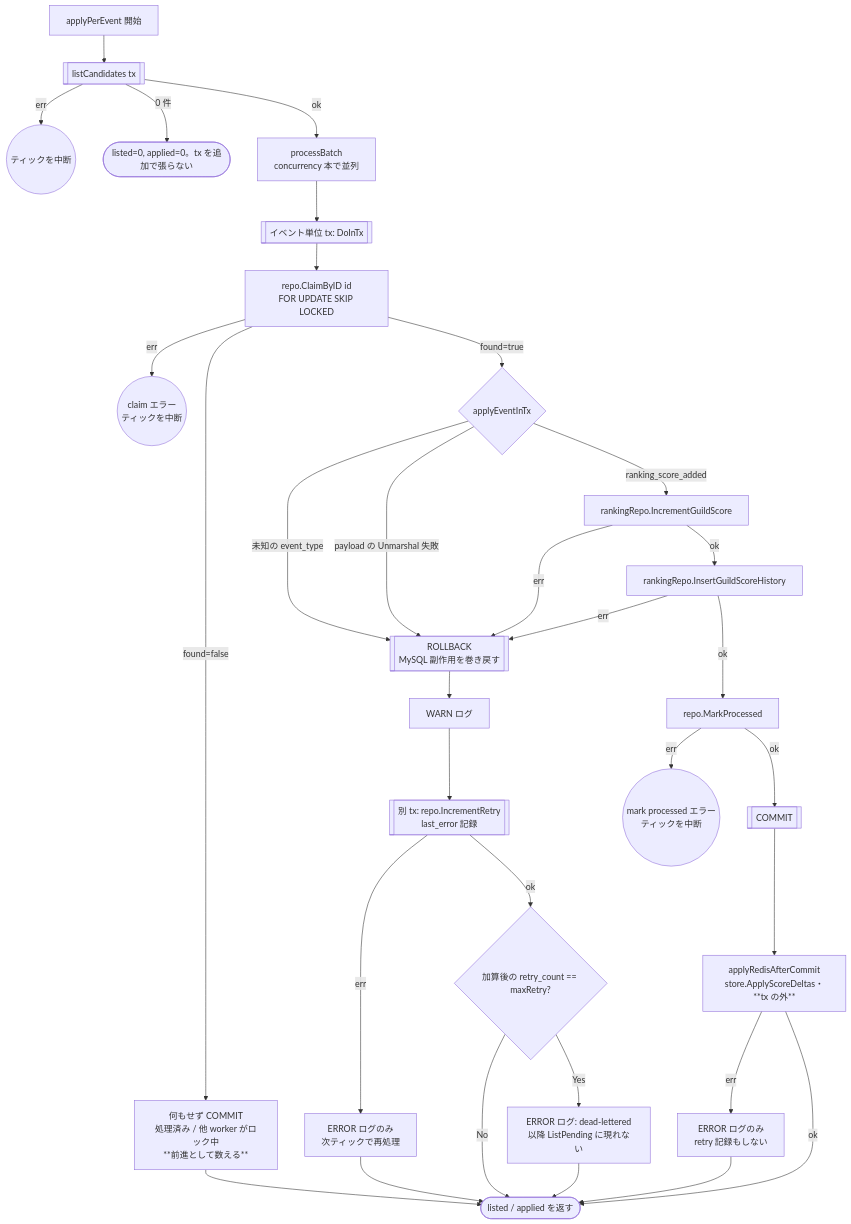
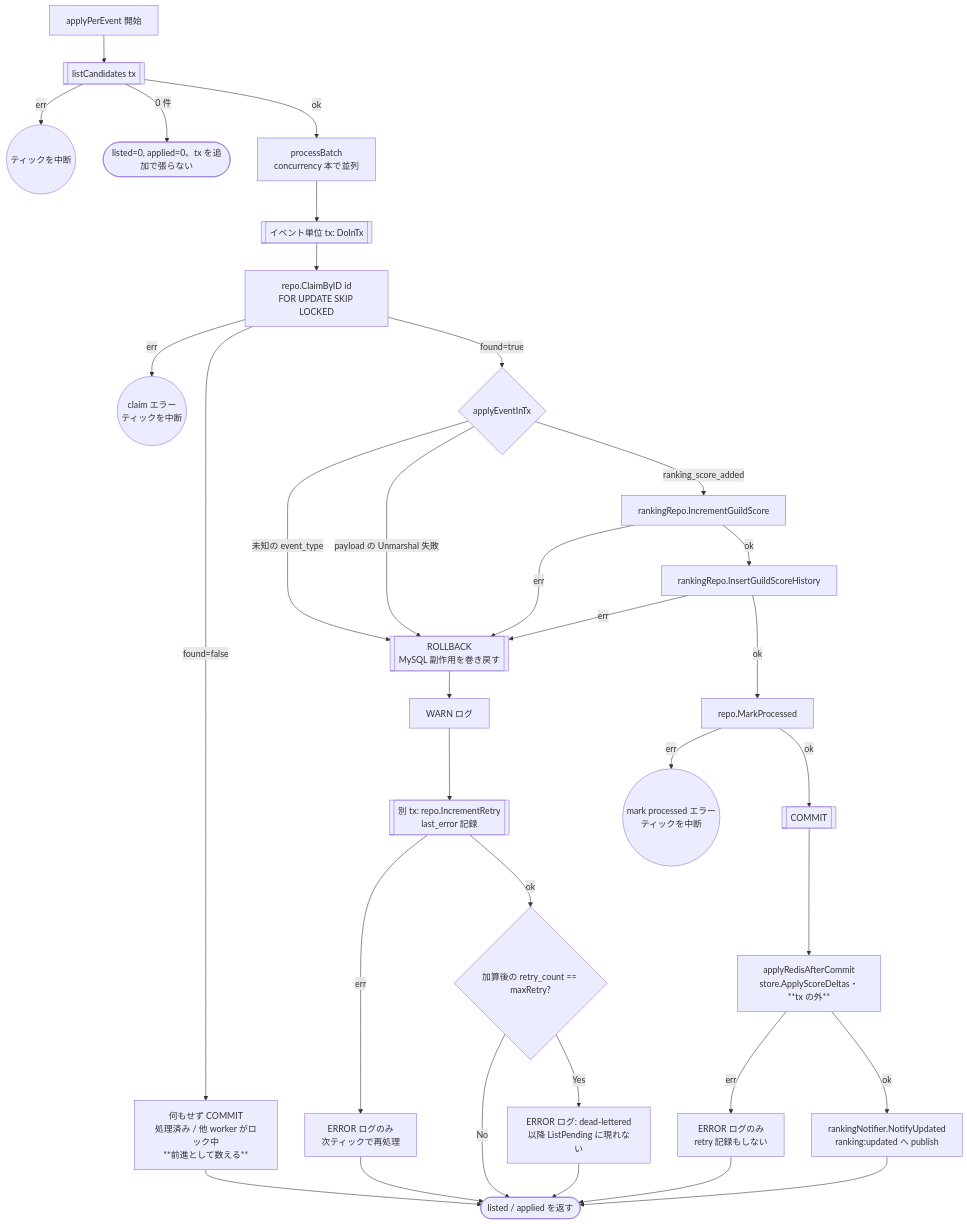
The fourth of 4 diagrams in docs/testing/outbox-worker.md (uchidas-rogue/game-api-sample), drawn with Mermaid before and after one commit. The commit also changed other lines of this file and 36 other files, not shown here.

````diff
--- a/docs/testing/outbox-worker.md
+++ b/docs/testing/outbox-worker.md
@@ -318,38 +329,39 @@
 ```mermaid
 flowchart TD
     PA[applyPerEvent 開始] --> LC[[listCandidates tx]]
     LC -- err --> PE0((ティックを中断))
     LC -- 0 件 --> PZ0([listed=0, applied=0。tx を追加で張らない])
     LC -- ok --> PB[processBatch<br/>concurrency 本で並列]
 
     PB --> P1[[イベント単位 tx: DoInTx]]
     P1 --> P2[repo.ClaimByID id<br/>FOR UPDATE SKIP LOCKED]
     P2 -- err --> PE1((claim エラー<br/>ティックを中断))
     P2 -- found=false --> PS[何もせず COMMIT<br/>処理済み / 他 worker がロック中<br/>**前進として数える**]
     PS --> PZ([listed / applied を返す])
     P2 -- found=true --> H{applyEventInTx}
 
     H -- 未知の event_type --> RB
     H -- payload の Unmarshal 失敗 --> RB
     H -- ranking_score_added --> M1[rankingRepo.IncrementGuildScore]
     M1 -- err --> RB
     M1 -- ok --> M2[rankingRepo.InsertGuildScoreHistory]
     M2 -- err --> RB
     M2 -- ok --> MK[repo.MarkProcessed]
 
     MK -- err --> PE2((mark processed エラー<br/>ティックを中断))
     MK -- ok --> CM[[COMMIT]]
     CM --> R[applyRedisAfterCommit<br/>store.ApplyScoreDeltas・**tx の外**]
     R -- err --> RE[ERROR ログのみ<br/>retry 記録もしない]
-    R -- ok --> PZ
+    R -- ok --> NP[rankingNotifier.NotifyUpdated<br/>ranking:updated へ publish]
+    NP --> PZ
     RE --> PZ
 
     RB[[ROLLBACK<br/>MySQL 副作用を巻き戻す]] --> W[WARN ログ]
     W --> RT[[別 tx: repo.IncrementRetry<br/>last_error 記録]]
     RT -- err --> RTE[ERROR ログのみ<br/>次ティックで再処理]
     RT -- ok --> DL{加算後の retry_count == maxRetry?}
     DL -- No --> PZ
     DL -- Yes --> DLE[ERROR ログ: dead-lettered<br/>以降 ListPending に現れない]
     DLE --> PZ
     RTE --> PZ
 ```
````
